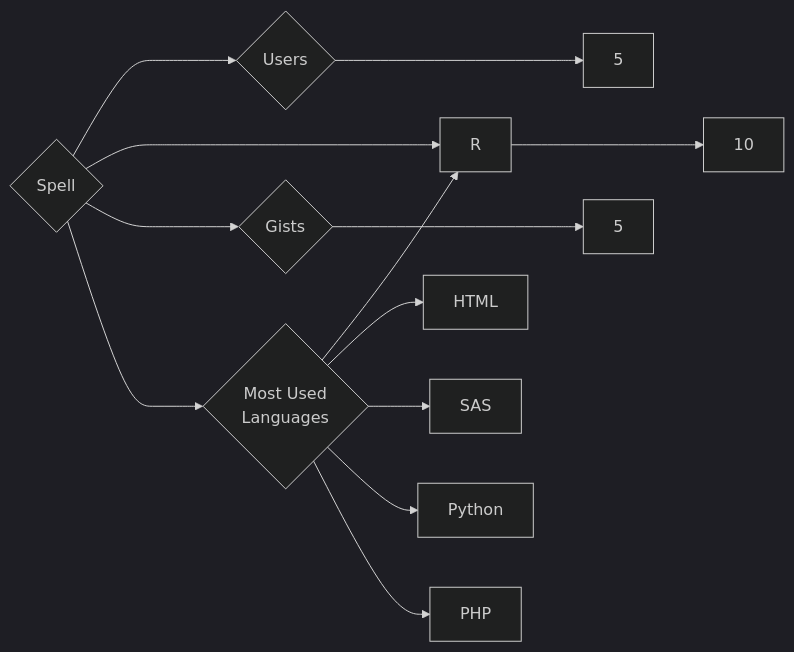
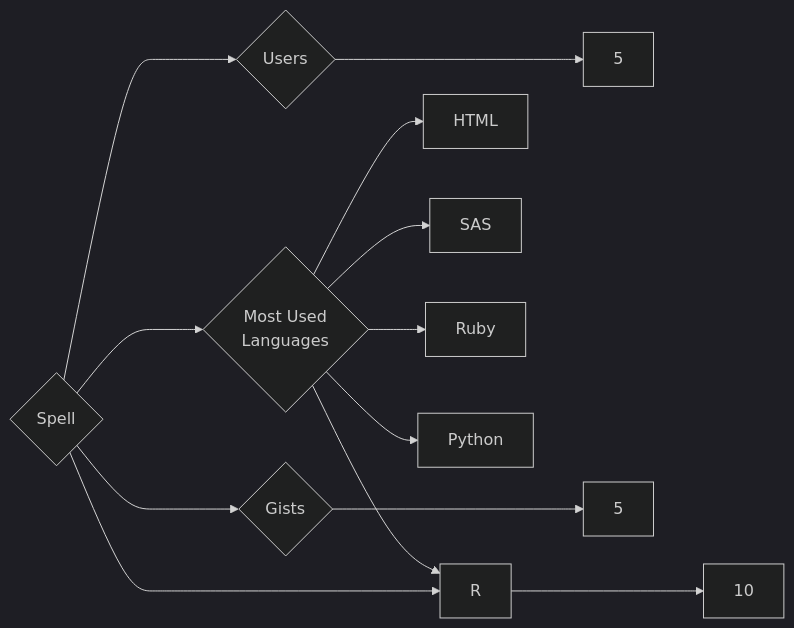
One commit to trickest/insiders changed the diagram in targets/Spell/README.md. Above: the diagram before and after it, drawn with Mermaid (dark theme). The commit also changed 965 other files, not shown here.

````diff
--- a/targets/Spell/README.md
+++ b/targets/Spell/README.md
@@ -3,13 +3,13 @@
 ```mermaid
 graph LR
 COMPANY_NAME{Spell}
 COMPANY_NAME ---> U{Users} ---> UN[5]
 COMPANY_NAME ---> R{Repositories} ---> RN[10]
 COMPANY_NAME ---> G{Gists} ---> GN[5]
 COMPANY_NAME ---> ML{Most Used<br>Languages}
+ML --> HTML[HTML]
 ML --> R[R]
-ML --> HTML[HTML]
 ML --> SAS[SAS]
+ML --> Ruby[Ruby]
 ML --> Python[Python]
-ML --> PHP[PHP]
 ```
````
